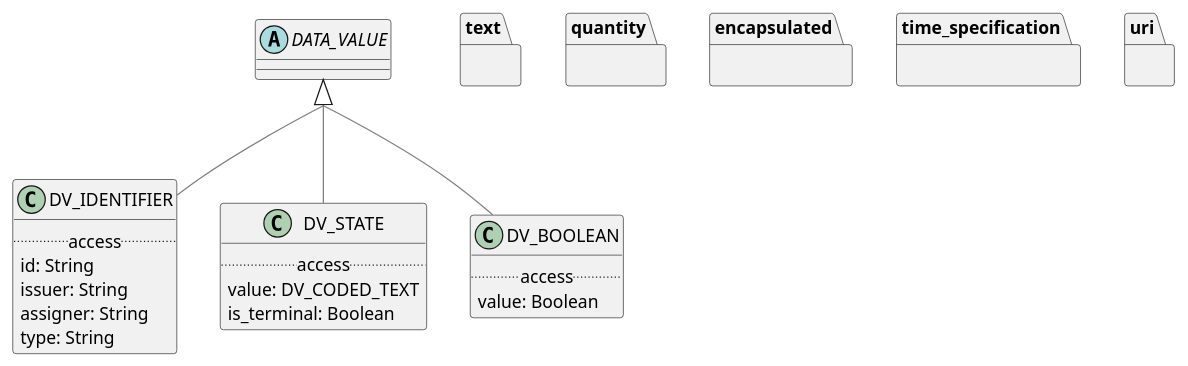
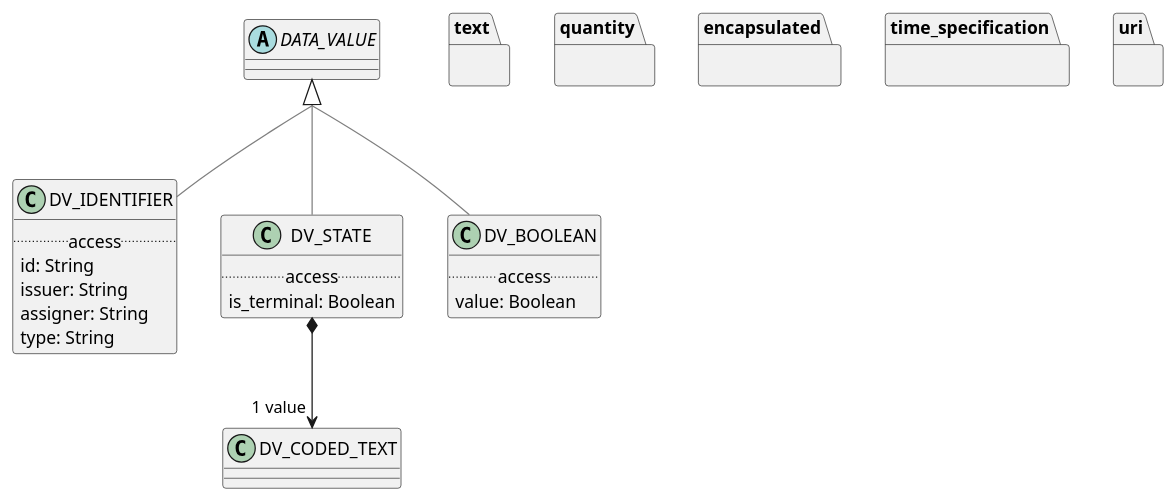
One commit to wolandscat/openehr-doc changed the diagram in modules/ROOT/examples/bmm/representation/data_types/data_types-package-uml.adoc. Above: the diagram before and after it, drawn with PlantUML. The commit also changed 30 other files, not shown here.

```diff
--- a/modules/ROOT/examples/bmm/representation/data_types/data_types-package-uml.adoc
+++ b/modules/ROOT/examples/bmm/representation/data_types/data_types-package-uml.adoc
@@ -3,54 +3,55 @@
 [plantuml,opts=interactive,link=self]
 ....
 skinparam groupInheritance 2
 skinparam citedClassColor #FDFDFD
 
 
 abstract class DATA_VALUE [[/openehr-doc/latest/representation/data_types-gen.html#_class_data_value]] {
 }
 
 
 class DV_IDENTIFIER [[/openehr-doc/latest/representation/data_types-gen.html#_class_dv_identifier]] {
         .. access ..
         id: String
         issuer: String
         assigner: String
         type: String
 }
 
 DV_IDENTIFIER -[#gray]up-|> DATA_VALUE  
 
 
 class DV_STATE [[/openehr-doc/latest/representation/data_types-gen.html#_class_dv_state]] {
         .. access ..
-        value: DV_CODED_TEXT
         is_terminal: Boolean
 }
 
 DV_STATE -[#gray]up-|> DATA_VALUE  
 
+
+DV_STATE *--> "1 value" DV_CODED_TEXT
 
 class DV_BOOLEAN [[/openehr-doc/latest/representation/data_types-gen.html#_class_dv_boolean]] {
         .. access ..
         value: Boolean
 }
 
 DV_BOOLEAN -[#gray]up-|> DATA_VALUE  
 
 
 package text {
 }
 
 package quantity {
 }
 
 package encapsulated {
 }
 
 package time_specification {
 }
 
 package uri {
 }
 
 ....
```
